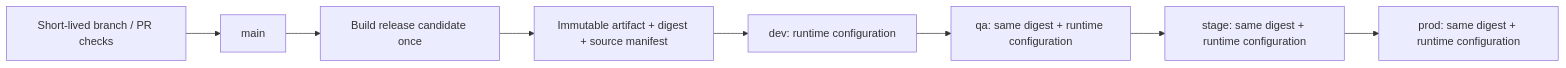
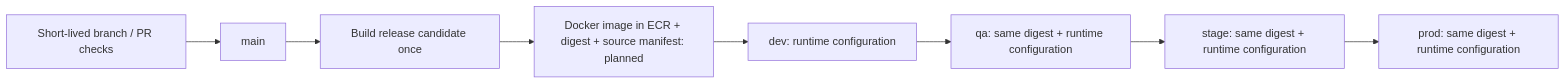
The diagram in docs/PROMOTION.md (ashvir99260/flowboard), drawn with Mermaid before and after one commit. The commit also changed other lines of this file and 18 other files, not shown here.

````diff
--- a/docs/PROMOTION.md
+++ b/docs/PROMOTION.md
@@ -15,10 +15,10 @@
 ```mermaid
 flowchart LR
   PR[Short-lived branch / PR checks] --> Main[main]
   Main --> Build[Build release candidate once]
-  Build --> Artifact[Immutable artifact + digest + source manifest]
+  Build --> Artifact[Docker image in ECR + digest + source manifest: planned]
   Artifact --> Dev[dev: runtime configuration]
   Dev --> QA[qa: same digest + runtime configuration]
   QA --> Stage[stage: same digest + runtime configuration]
   Stage --> Prod[prod: same digest + runtime configuration]
 ```
````
